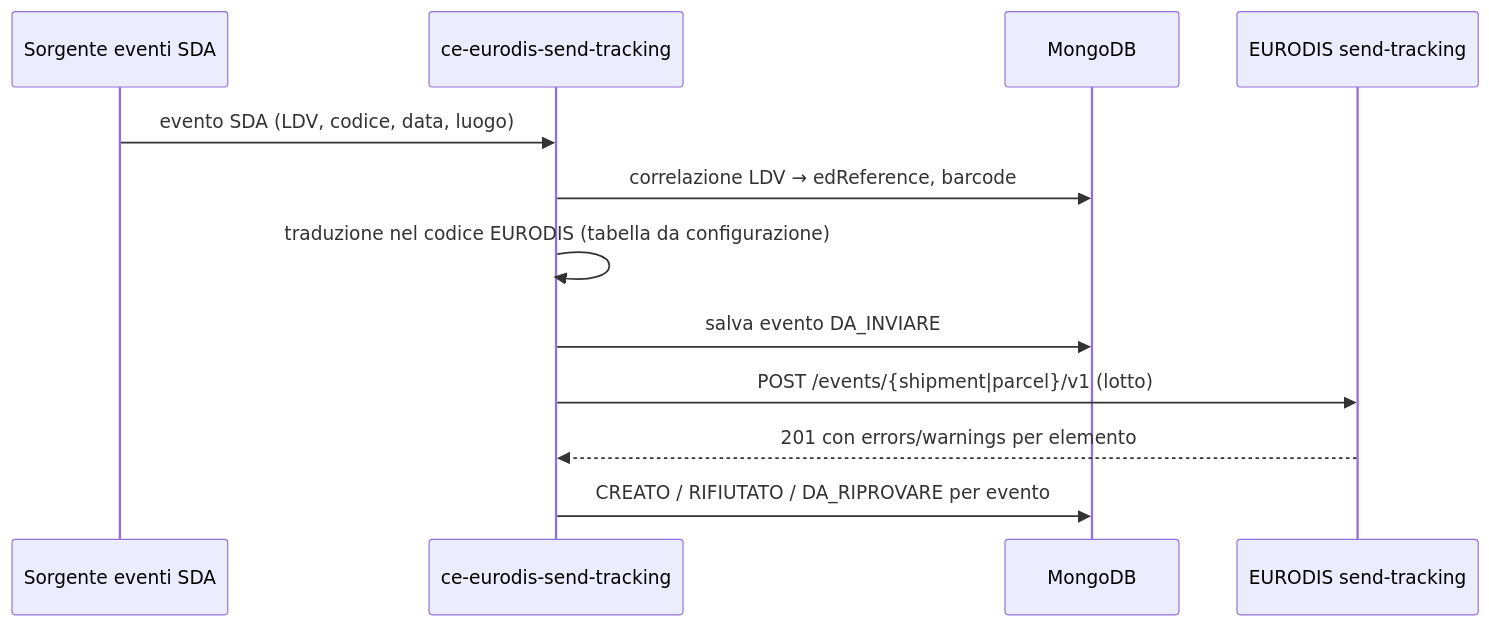
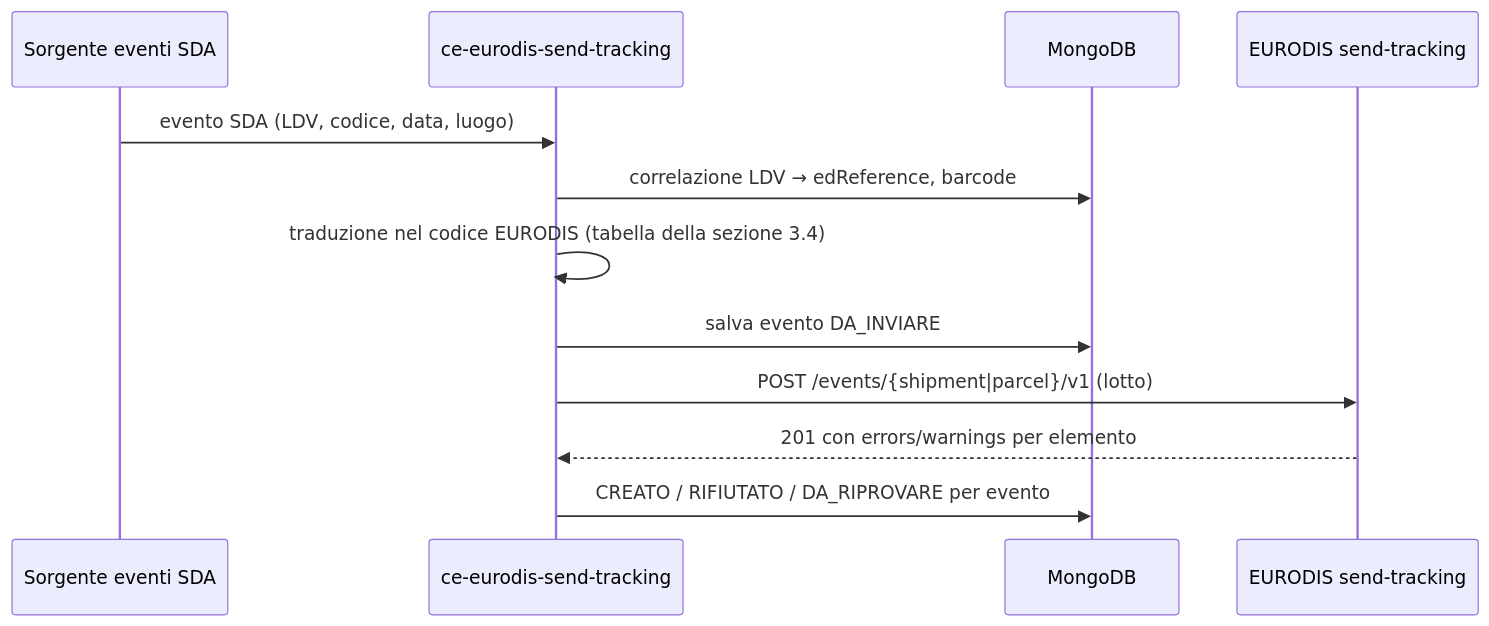
The diagram in iniziative/136596/sviluppo/ce-eurodis-send-tracking.md (diegoMereu/sda-bmad), drawn with Mermaid before and after one commit. The commit also changed other lines of this file and 2 other files, not shown here.

Commit message:
docs(136596): send-tracking 0.2, traduzione degli stati SDA -> EURODIS dal foglio Decodifica Eurodis IN-BOUND (Diego, 10-11), PA-34 chiuso

````diff
--- a/iniziative/136596/sviluppo/ce-eurodis-send-tracking.md
+++ b/iniziative/136596/sviluppo/ce-eurodis-send-tracking.md
@@ -164,14 +276,14 @@
 ```mermaid
 sequenceDiagram
     participant S as Sorgente eventi SDA
     participant T as ce-eurodis-send-tracking
     participant M as MongoDB
     participant E as EURODIS send-tracking
     S->>T: evento SDA (LDV, codice, data, luogo)
     T->>M: correlazione LDV → edReference, barcode
-    T->>T: traduzione nel codice EURODIS (tabella da configurazione)
+    T->>T: traduzione nel codice EURODIS (tabella della sezione 3.4)
     T->>M: salva evento DA_INVIARE
     T->>E: POST /events/{shipment|parcel}/v1 (lotto)
     E-->>T: 201 con errors/warnings per elemento
     T->>M: CREATO / RIFIUTATO / DA_RIPROVARE per evento
 ```
````
